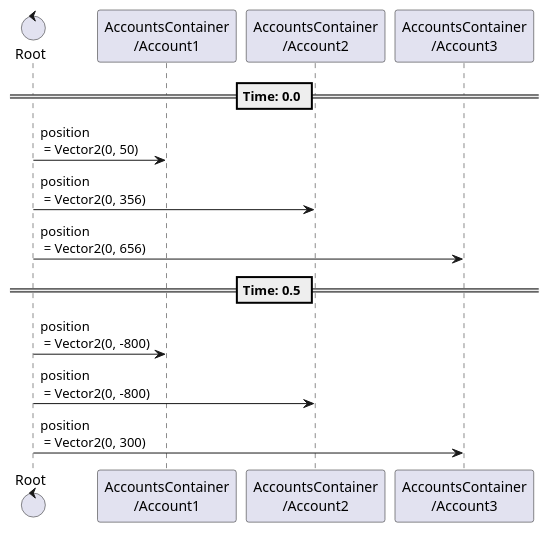
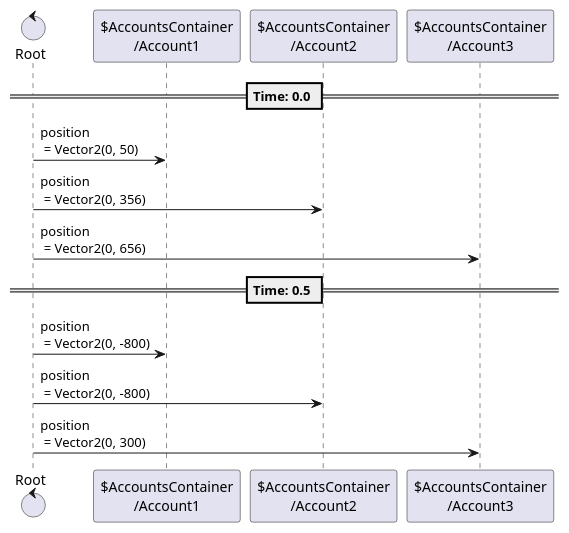
The sixth of 9 diagrams in content/scenes/src/beginning/accounts/accounts.tscn.adoc (tkmfujise/Platformer-Game-Learning), drawn with PlantUML before and after one commit. The commit also changed other lines of this file and 31 other files, not shown here.

Commit message:
Add prefix $ to node name in animation sequences

```diff
--- a/content/scenes/src/beginning/accounts/accounts.tscn.adoc
+++ b/content/scenes/src/beginning/accounts/accounts.tscn.adoc
@@ -291,20 +291,20 @@
 [plantuml]
 ....
-control "Root" as Root
-participant "AccountsContainer\n/Account1" as T0
-participant "AccountsContainer\n/Account2" as T1
-participant "AccountsContainer\n/Account3" as T2
+control "Root" as R
+participant "$AccountsContainer\n/Account1" as T0
+participant "$AccountsContainer\n/Account2" as T1
+participant "$AccountsContainer\n/Account3" as T2
 
 
 
 == Time: 0.0 ==
-Root  ->  T0 : position\n = Vector2(0, 50)
-Root  ->  T1 : position\n = Vector2(0, 356)
-Root  ->  T2 : position\n = Vector2(0, 656)
+R  ->  T0 : position\n = Vector2(0, 50)
+R  ->  T1 : position\n = Vector2(0, 356)
+R  ->  T2 : position\n = Vector2(0, 656)
 == Time: 0.5 ==
-Root  ->  T0 : position\n = Vector2(0, -800)
-Root  ->  T1 : position\n = Vector2(0, -800)
-Root  ->  T2 : position\n = Vector2(0, 300)
+R  ->  T0 : position\n = Vector2(0, -800)
+R  ->  T1 : position\n = Vector2(0, -800)
+R  ->  T2 : position\n = Vector2(0, 300)
 
 
 ....
```
